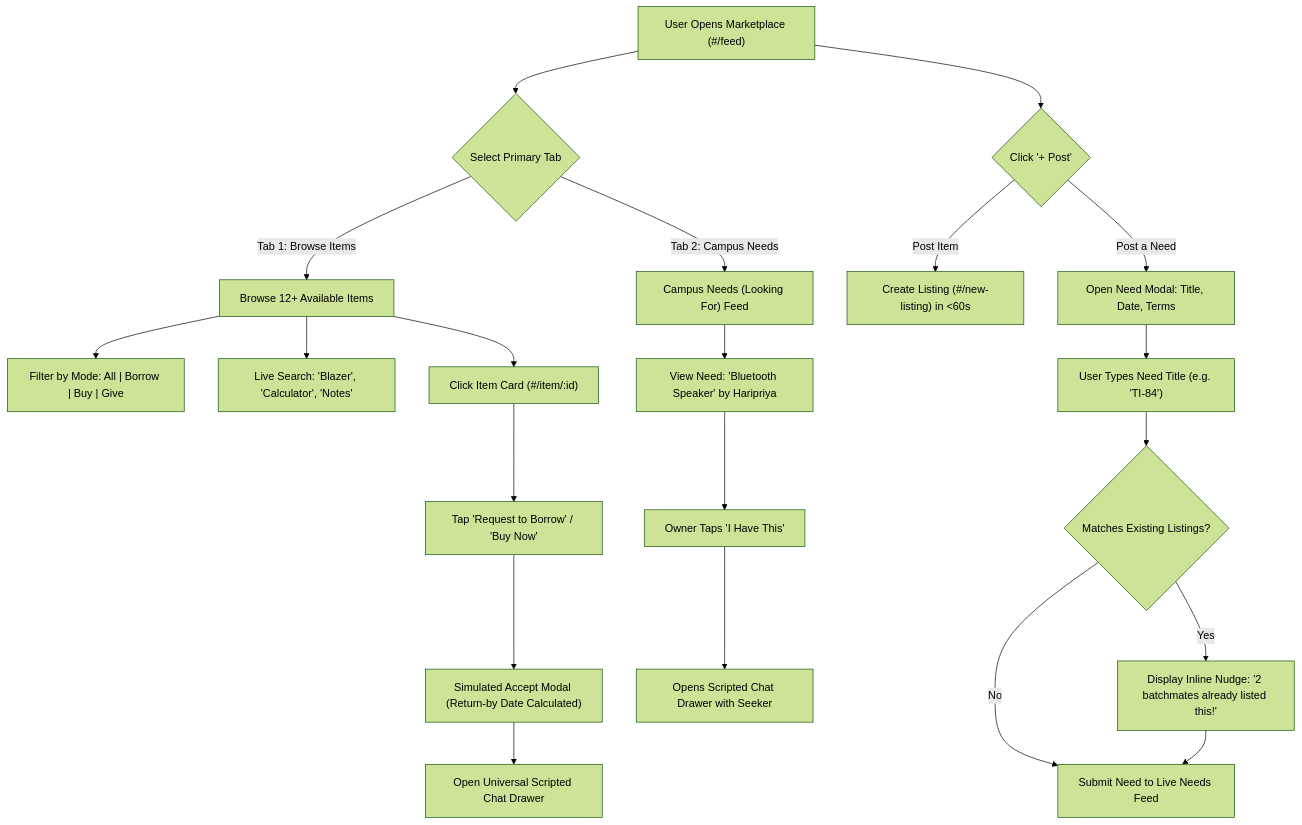
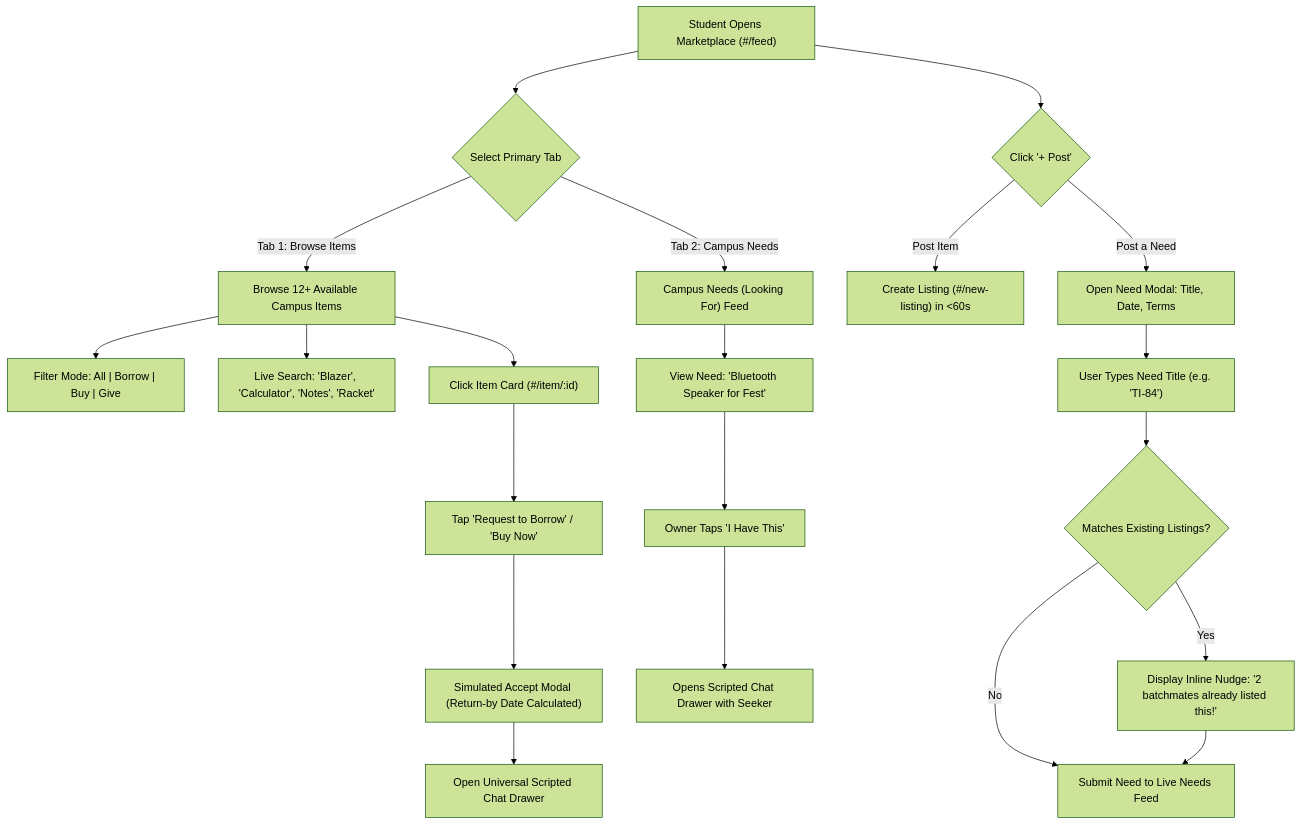
One commit to pavitrapoojary/peerly changed the third of 7 diagrams in README.md. Above: the diagram before and after it, drawn with Mermaid (forest theme). The commit also changed other lines of this file and 6 other files, not shown here.

````diff
--- a/README.md
+++ b/README.md
@@ -182,26 +184,26 @@
 ```mermaid
 flowchart TD
-    Start["User Opens Marketplace (#/feed)"] --> TabChoice{"Select Primary Tab"}
+    Start["Student Opens Marketplace (#/feed)"] --> TabChoice{"Select Primary Tab"}
     
-    TabChoice -->|Tab 1: Browse Items| BrowseFeed["Browse 12+ Available Items"]
-    BrowseFeed --> FilterMode["Filter by Mode: All | Borrow | Buy | Give"]
-    BrowseFeed --> SearchItems["Live Search: 'Blazer', 'Calculator', 'Notes'"]
+    TabChoice -->|Tab 1: Browse Items| BrowseFeed["Browse 12+ Available Campus Items"]
+    BrowseFeed --> FilterMode["Filter Mode: All | Borrow | Buy | Give"]
+    BrowseFeed --> SearchItems["Live Search: 'Blazer', 'Calculator', 'Notes', 'Racket'"]
     BrowseFeed --> ItemCard["Click Item Card (#/item/:id)"]
     ItemCard --> BorrowReq["Tap 'Request to Borrow' / 'Buy Now'"]
     BorrowReq --> AcceptModal["Simulated Accept Modal (Return-by Date Calculated)"]
     AcceptModal --> OpenChat["Open Universal Scripted Chat Drawer"]
 
     TabChoice -->|Tab 2: Campus Needs| NeedsFeed["Campus Needs (Looking For) Feed"]
-    NeedsFeed --> NeedCard["View Need: 'Bluetooth Speaker' by Haripriya"]
+    NeedsFeed --> NeedCard["View Need: 'Bluetooth Speaker for Fest'"]
     NeedCard --> HaveThis["Owner Taps 'I Have This'"]
     HaveThis --> HandoffChat["Opens Scripted Chat Drawer with Seeker"]
 
     Start --> CreatePost{"Click '+ Post'"}
     CreatePost -->|Post Item| NewItemFlow["Create Listing (#/new-listing) in <60s"]
     CreatePost -->|Post a Need| NewNeedModal["Open Need Modal: Title, Date, Terms"]
     NewNeedModal --> LiveType["User Types Need Title (e.g. 'TI-84')"]
     LiveType --> MatchCheck{"Matches Existing Listings?"}
     MatchCheck -->|Yes| ShowNudge["Display Inline Nudge: '2 batchmates already listed this!'"]
     MatchCheck -->|No| NormalPost["Submit Need to Live Needs Feed"]
     ShowNudge --> NormalPost
 ```
````
